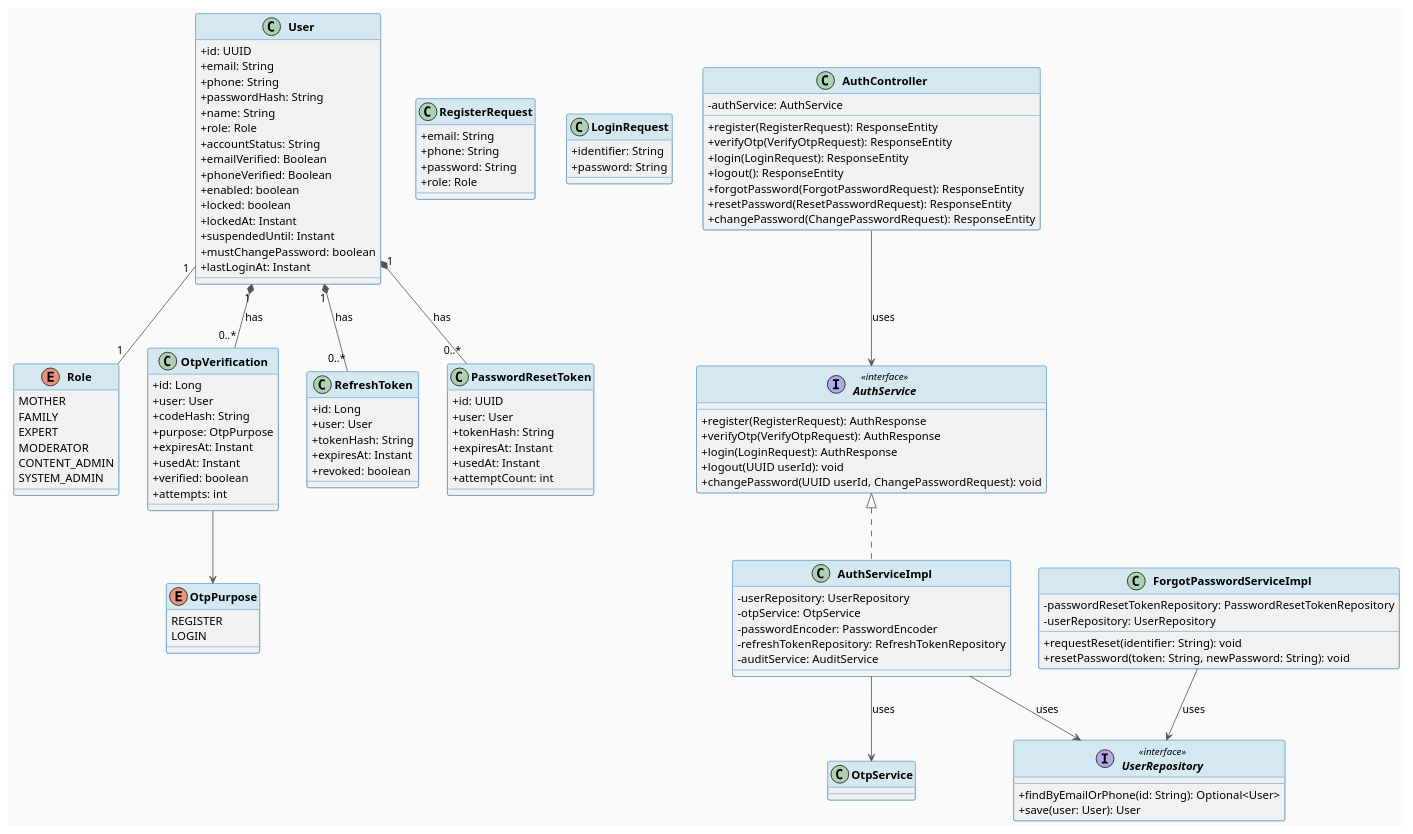
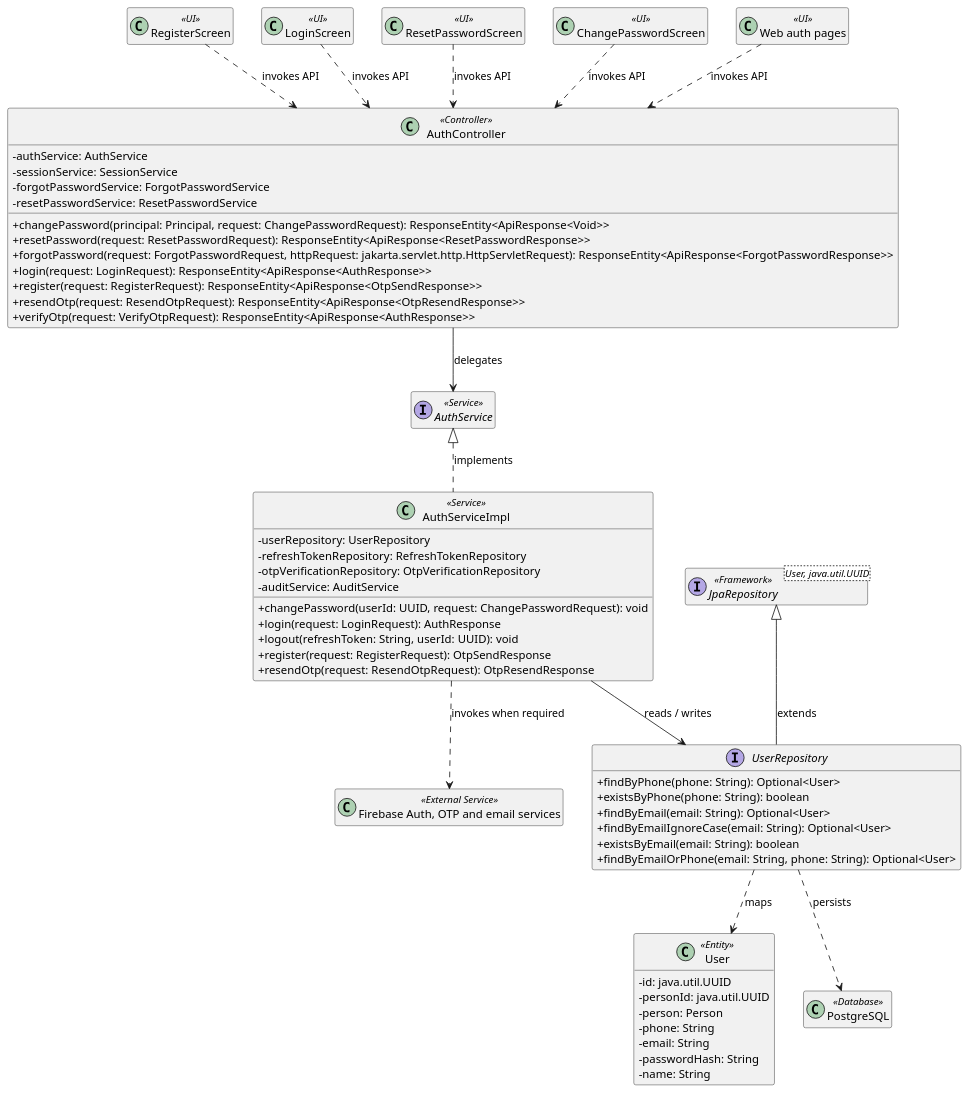
One commit to ChuongBDHE172784/CareBridge_SEP490_G79 changed the first of 2 diagrams in docs/Detailed_Design/MF01_Account_Trust_AccesControl/01_Account_Registration_Authentication_Lifecycle.md. Above: the diagram before and after it, drawn with PlantUML. The commit also changed other lines of this file and 111 other files, not shown here.

````diff
--- a/docs/Detailed_Design/MF01_Account_Trust_AccesControl/01_Account_Registration_Authentication_Lifecycle.md
+++ b/docs/Detailed_Design/MF01_Account_Trust_AccesControl/01_Account_Registration_Authentication_Lifecycle.md
@@ -27,135 +20,70 @@
 ```plantuml
-@startuml MF01_01_AccountAuth_ClassDiagram
+@startuml MF01_01_AccountRegistrationandAuthenticationLifecycle_ClassDiagram
 skinparam classAttributeIconSize 0
-skinparam classFontStyle bold
-skinparam backgroundColor #FAFAFA
-skinparam ArrowColor #555555
-skinparam ClassBorderColor #2E75B6
-skinparam ClassHeaderBackgroundColor #D5E8F0
+hide empty members
 
-' === ENTITY ===
-class User {
-  + id: UUID
-  + email: String
-  + phone: String
-  + passwordHash: String
-  + name: String
-  + role: Role
-  + accountStatus: String
-  + emailVerified: Boolean
-  + phoneVerified: Boolean
-  + enabled: boolean
-  + locked: boolean
-  + lockedAt: Instant
-  + suspendedUntil: Instant
-  + mustChangePassword: boolean
-  + lastLoginAt: Instant
+class "RegisterScreen" as UI1 <<UI>>
+class "LoginScreen" as UI2 <<UI>>
+class "ResetPasswordScreen" as UI3 <<UI>>
+class "ChangePasswordScreen" as UI4 <<UI>>
+class "Web auth pages" as UI5 <<UI>>
+class "AuthController" as Controller1 <<Controller>> {
+  - authService: AuthService
+  - sessionService: SessionService
+  - forgotPasswordService: ForgotPasswordService
+  - resetPasswordService: ResetPasswordService
+  + changePassword(principal: Principal, request: ChangePasswordRequest): ResponseEntity<ApiResponse<Void>>
+  + resetPassword(request: ResetPasswordRequest): ResponseEntity<ApiResponse<ResetPasswordResponse>>
+  + forgotPassword(request: ForgotPasswordRequest, httpRequest: jakarta.servlet.http.HttpServletRequest): ResponseEntity<ApiResponse<ForgotPasswordResponse>>
+  + login(request: LoginRequest): ResponseEntity<ApiResponse<AuthResponse>>
+  + register(request: RegisterRequest): ResponseEntity<ApiResponse<OtpSendResponse>>
+  + resendOtp(request: ResendOtpRequest): ResponseEntity<ApiResponse<OtpResendResponse>>
+  + verifyOtp(request: VerifyOtpRequest): ResponseEntity<ApiResponse<AuthResponse>>
 }
+class "AuthServiceImpl" as Service1 <<Service>> {
+  - userRepository: UserRepository
+  - refreshTokenRepository: RefreshTokenRepository
+  - otpVerificationRepository: OtpVerificationRepository
+  - auditService: AuditService
+  + changePassword(userId: UUID, request: ChangePasswordRequest): void
+  + login(request: LoginRequest): AuthResponse
+  + logout(refreshToken: String, userId: UUID): void
+  + register(request: RegisterRequest): OtpSendResponse
+  + resendOtp(request: ResendOtpRequest): OtpResendResponse
+}
+interface "AuthService" as Service1Contract <<Service>>
+interface "UserRepository" as Repository1 {
+  + findByPhone(phone: String): Optional<User>
+  + existsByPhone(phone: String): boolean
+  + findByEmail(email: String): Optional<User>
+  + findByEmailIgnoreCase(email: String): Optional<User>
+  + existsByEmail(email: String): boolean
+  + findByEmailOrPhone(email: String, phone: String): Optional<User>
+}
+class "User" as Entity1 <<Entity>> {
+  - id: java.util.UUID
+  - personId: java.util.UUID
+  - person: Person
+  - phone: String
+  - email: String
+  - passwordHash: String
+  - name: String
+}
+interface "JpaRepository<User, java.util.UUID>" as Repository1Base <<Framework>>
+class "PostgreSQL" as DB <<Database>>
+class "Firebase Auth, OTP and email services" as External <<External Service>>
 
-enum Role {
-  MOTHER
-  FAMILY
-  EXPERT
-  MODERATOR
-  CONTENT_ADMIN
-  SYSTEM_ADMIN
-}
-
-class OtpVerification {
-  + id: Long
-  + user: User
-  + codeHash: String
-  + purpose: OtpPurpose
-  + expiresAt: Instant
-  + usedAt: Instant
-  + verified: boolean
-  + attempts: int
-}
-
-enum OtpPurpose {
-  REGISTER
-  LOGIN
-}
-
-class RefreshToken {
-  + id: Long
-  + user: User
-  + tokenHash: String
-  + expiresAt: Instant
-  + revoked: boolean
-}
-
-class PasswordResetToken {
-  + id: UUID
-  + user: User
-  + tokenHash: String
-  + expiresAt: Instant
-  + usedAt: Instant
-  + attemptCount: int
-}
-
-' === DTO ===
-class RegisterRequest {
-  + email: String
-  + phone: String
-  + password: String
-  + role: Role
-}
-
-class LoginRequest {
-  + identifier: String
-  + password: String
-}
-
-' === CONTROLLER / SERVICE ===
-class AuthController {
-  - authService: AuthService
-  + register(RegisterRequest): ResponseEntity
-  + verifyOtp(VerifyOtpRequest): ResponseEntity
-  + login(LoginRequest): ResponseEntity
-  + logout(): ResponseEntity
-  + forgotPassword(ForgotPasswordRequest): ResponseEntity
-  + resetPassword(ResetPasswordRequest): ResponseEntity
-  + changePassword(ChangePasswordRequest): ResponseEntity
-}
-
-interface AuthService <<interface>> {
-  + register(RegisterRequest): AuthResponse
-  + verifyOtp(VerifyOtpRequest): AuthResponse
-  + login(LoginRequest): AuthResponse
-  + logout(UUID userId): void
-  + changePassword(UUID userId, ChangePasswordRequest): void
-}
-
-class AuthServiceImpl implements AuthService {
-  - userRepository: UserRepository
-  - otpService: OtpService
-  - passwordEncoder: PasswordEncoder
-  - refreshTokenRepository: RefreshTokenRepository
-  - auditService: AuditService
-}
-
-interface UserRepository <<interface>> {
-  + findByEmailOrPhone(id: String): Optional<User>
-  + save(user: User): User
-}
-
-class ForgotPasswordServiceImpl {
-  - passwordResetTokenRepository: PasswordResetTokenRepository
-  - userRepository: UserRepository
-  + requestReset(identifier: String): void
-  + resetPassword(token: String, newPassword: String): void
-}
-
-User "1" *-- "0..*" OtpVerification : has
-User "1" *-- "0..*" RefreshToken : has
-User "1" *-- "0..*" PasswordResetToken : has
-User "1" -- "1" Role
-OtpVerification --> OtpPurpose
-AuthServiceImpl --> UserRepository : uses
-AuthServiceImpl --> OtpService : uses
-AuthController --> AuthService : uses
-ForgotPasswordServiceImpl --> UserRepository : uses
-
+Service1Contract <|.. Service1 : implements
+Repository1Base <|-- Repository1 : extends
+UI1 ..> Controller1 : invokes API
+UI2 ..> Controller1 : invokes API
+UI3 ..> Controller1 : invokes API
+UI4 ..> Controller1 : invokes API
+UI5 ..> Controller1 : invokes API
+Controller1 --> Service1Contract : delegates
+Service1 --> Repository1 : reads / writes
+Repository1 ..> Entity1 : maps
+Repository1 ..> DB : persists
+Service1 ..> External : invokes when required
 @enduml
 ```
````
